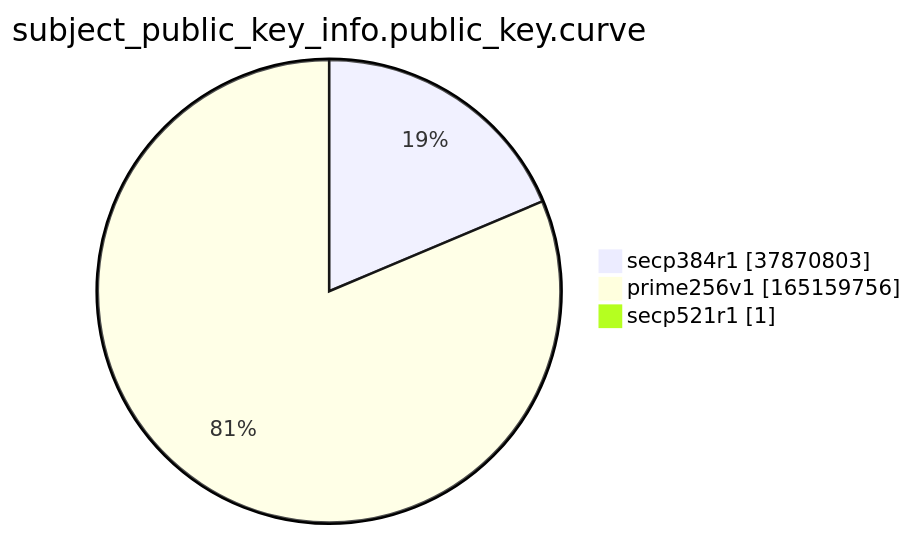
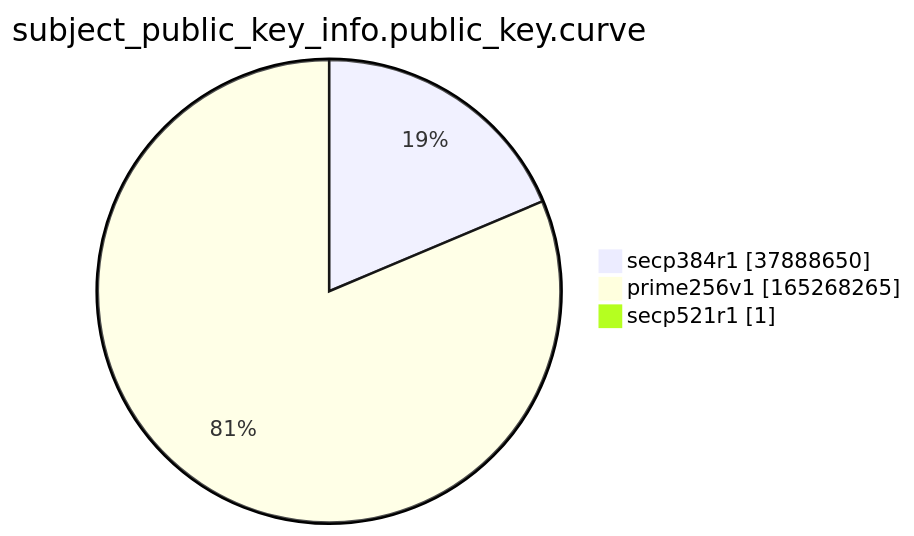
The ninth of 15 diagrams in argon2022/README.md (christiankrug/ctmonitor_visualization), drawn with Mermaid before and after one commit. The commit also changed other lines of this file, not shown here.

````diff
--- a/argon2022/README.md
+++ b/argon2022/README.md
@@ -2766,7 +2766,7 @@
 ```mermaid
 pie showData
 title subject_public_key_info.public_key.curve
-"secp384r1" :37870803
-"prime256v1" :165159756
+"secp384r1" :37888650
+"prime256v1" :165268265
 "secp521r1" :1
 ```
````
